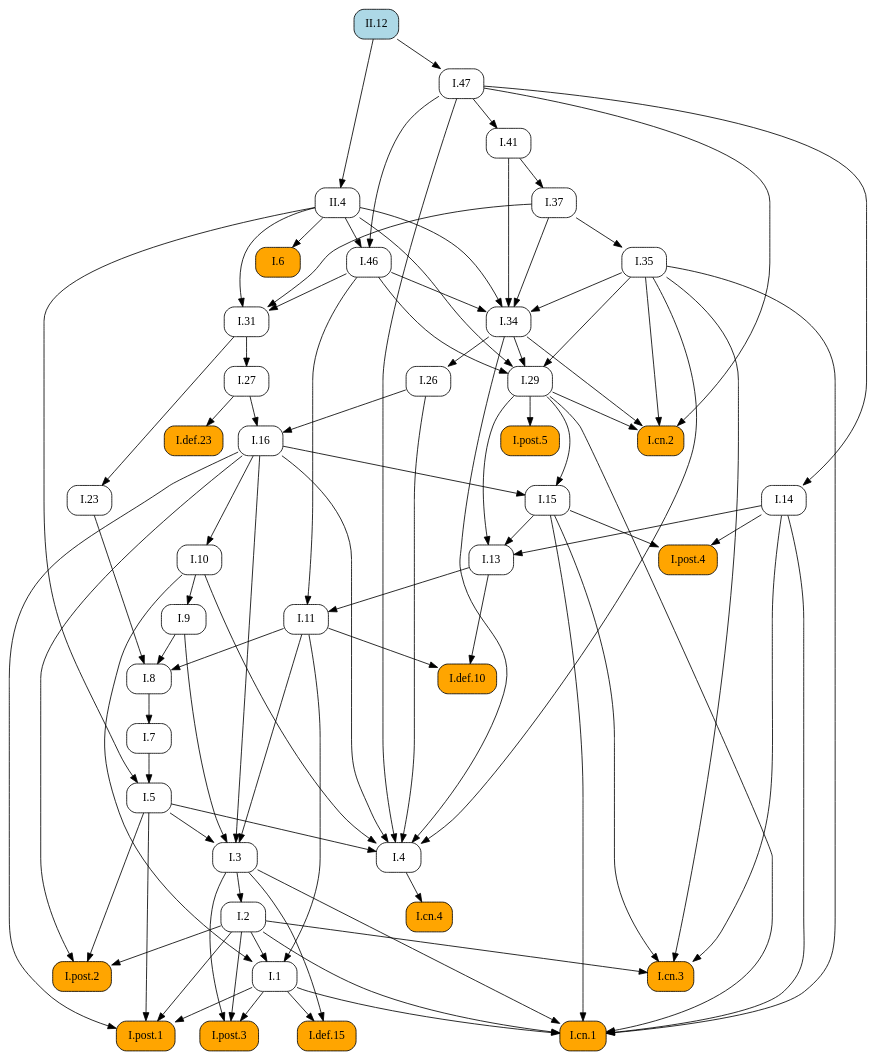
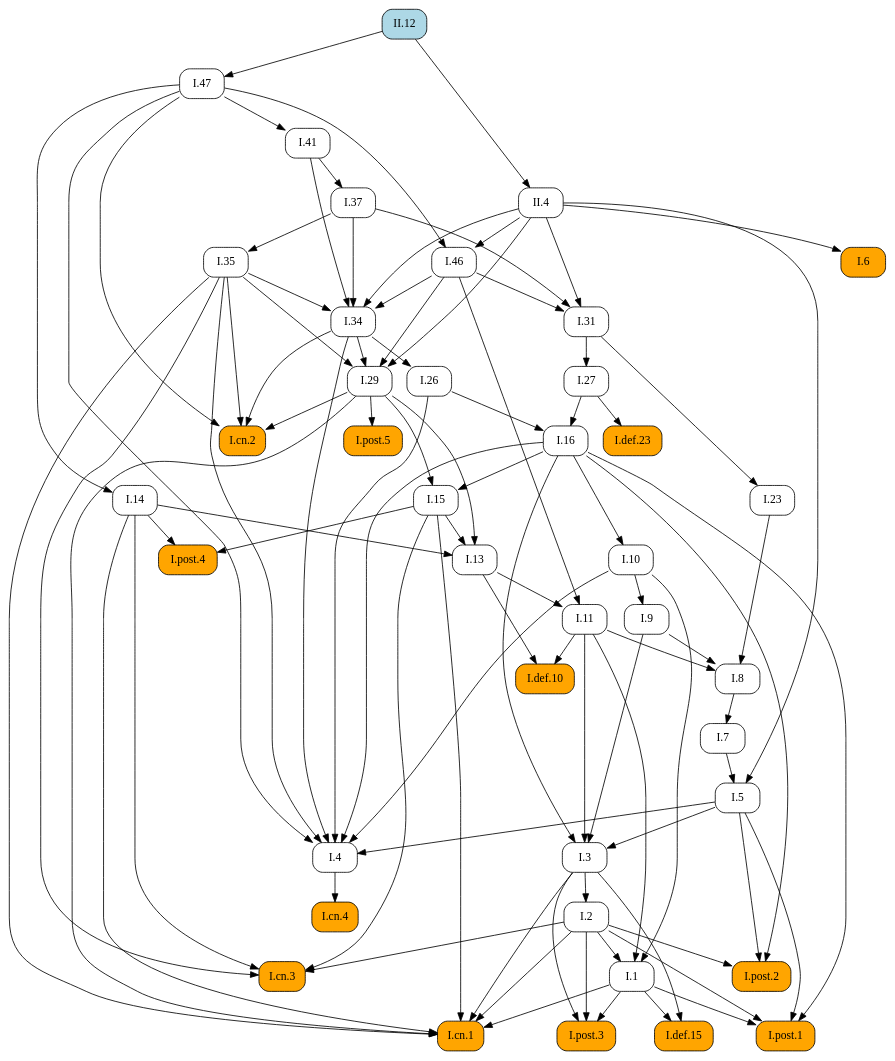
One commit to geometor/elements changed the diagram in docsrc/heath/II/12/index.rst. Above: the diagram before and after it, drawn with Graphviz. The commit also changed other lines of this file and 1029 other files, not shown here.

```diff
--- a/docsrc/heath/II/12/index.rst
+++ b/docsrc/heath/II/12/index.rst
@@ -52,94 +52,105 @@
    digraph {
      rankdir="TB";
      node [shape=box, style=rounded];
+     "I.def.10" [style="rounded,filled", fillcolor=orange, URL="/heath/I/def.10/", target="_top"];
+     "I.11" [URL="/heath/I/11/", target="_top"];
+     "I.post.4" [style="rounded,filled", fillcolor=orange, URL="/heath/I/post.4/", target="_top"];
+     "I.1" [URL="/heath/I/1/", target="_top"];
+     "I.26" [URL="/heath/I/26/", target="_top"];
+     "I.29" [URL="/heath/I/29/", target="_top"];
+     "II.12" [style="rounded,filled", fillcolor=lightblue, URL="/heath/II/12/", target="_top"];
+     "I.cn.2" [style="rounded,filled", fillcolor=orange, URL="/heath/I/cn.2/", target="_top"];
+     "I.47" [URL="/heath/I/47/", target="_top"];
+     "I.def.15" [style="rounded,filled", fillcolor=orange, URL="/heath/I/def.15/", target="_top"];
+     "I.post.3" [style="rounded,filled", fillcolor=orange, URL="/heath/I/post.3/", target="_top"];
+     "I.cn.1" [style="rounded,filled", fillcolor=orange, URL="/heath/I/cn.1/", target="_top"];
      "I.cn.3" [style="rounded,filled", fillcolor=orange, URL="/heath/I/cn.3/", target="_top"];
-     "I.29" [URL="/heath/I/29/", target="_top"];
+     "I.14" [URL="/heath/I/14/", target="_top"];
+     "I.23" [URL="/heath/I/23/", target="_top"];
+     "I.post.1" [style="rounded,filled", fillcolor=orange, URL="/heath/I/post.1/", target="_top"];
+     "I.35" [URL="/heath/I/35/", target="_top"];
+     "I.41" [URL="/heath/I/41/", target="_top"];
+     "I.27" [URL="/heath/I/27/", target="_top"];
+     "I.46" [URL="/heath/I/46/", target="_top"];
+     "I.37" [URL="/heath/I/37/", target="_top"];
+     "I.34" [URL="/heath/I/34/", target="_top"];
+     "I.6" [style="rounded,filled", fillcolor=orange, URL="/heath/I/6/", target="_top"];
+     "I.3" [URL="/heath/I/3/", target="_top"];
      "I.7" [URL="/heath/I/7/", target="_top"];
-     "I.27" [URL="/heath/I/27/", target="_top"];
+     "I.2" [URL="/heath/I/2/", target="_top"];
+     "I.4" [URL="/heath/I/4/", target="_top"];
      "I.def.23" [style="rounded,filled", fillcolor=orange, URL="/heath/I/def.23/", target="_top"];
-     "I.34" [URL="/heath/I/34/", target="_top"];
+     "I.13" [URL="/heath/I/13/", target="_top"];
+     "II.4" [URL="/heath/II/4/", target="_top"];
+     "I.31" [URL="/heath/I/31/", target="_top"];
+     "I.post.2" [style="rounded,filled", fillcolor=orange, URL="/heath/I/post.2/", target="_top"];
+     "I.16" [URL="/heath/I/16/", target="_top"];
+     "I.9" [URL="/heath/I/9/", target="_top"];
      "I.8" [URL="/heath/I/8/", target="_top"];
-     "I.9" [URL="/heath/I/9/", target="_top"];
-     "I.post.4" [style="rounded,filled", fillcolor=orange, URL="/heath/I/post.4/", target="_top"];
-     "I.2" [URL="/heath/I/2/", target="_top"];
-     "I.def.15" [style="rounded,filled", fillcolor=orange, URL="/heath/I/def.15/", target="_top"];
-     "I.1" [URL="/heath/I/1/", target="_top"];
-     "I.post.1" [style="rounded,filled", fillcolor=orange, URL="/heath/I/post.1/", target="_top"];
      "I.cn.4" [style="rounded,filled", fillcolor=orange, URL="/heath/I/cn.4/", target="_top"];
-     "I.26" [URL="/heath/I/26/", target="_top"];
-     "I.6" [style="rounded,filled", fillcolor=orange, URL="/heath/I/6/", target="_top"];
-     "I.13" [URL="/heath/I/13/", target="_top"];
-     "I.23" [URL="/heath/I/23/", target="_top"];
-     "I.cn.2" [style="rounded,filled", fillcolor=orange, URL="/heath/I/cn.2/", target="_top"];
+     "I.15" [URL="/heath/I/15/", target="_top"];
+     "I.post.5" [style="rounded,filled", fillcolor=orange, URL="/heath/I/post.5/", target="_top"];
+     "I.10" [URL="/heath/I/10/", target="_top"];
      "I.5" [URL="/heath/I/5/", target="_top"];
-     "I.11" [URL="/heath/I/11/", target="_top"];
-     "II.12" [style="rounded,filled", fillcolor=lightblue, URL="/heath/II/12/", target="_top"];
-     "I.10" [URL="/heath/I/10/", target="_top"];
-     "I.4" [URL="/heath/I/4/", target="_top"];
-     "I.3" [URL="/heath/I/3/", target="_top"];
-     "I.16" [URL="/heath/I/16/", target="_top"];
-     "I.31" [URL="/heath/I/31/", target="_top"];
-     "II.4" [URL="/heath/II/4/", target="_top"];
-     "I.def.10" [style="rounded,filled", fillcolor=orange, URL="/heath/I/def.10/", target="_top"];
-     "I.46" [URL="/heath/I/46/", target="_top"];
-     "I.post.2" [style="rounded,filled", fillcolor=orange, URL="/heath/I/post.2/", target="_top"];
-     "I.post.3" [style="rounded,filled", fillcolor=orange, URL="/heath/I/post.3/", target="_top"];
-     "I.post.5" [style="rounded,filled", fillcolor=orange, URL="/heath/I/post.5/", target="_top"];
-     "I.14" [URL="/heath/I/14/", target="_top"];
-     "I.35" [URL="/heath/I/35/", target="_top"];
-     "I.47" [URL="/heath/I/47/", target="_top"];
-     "I.15" [URL="/heath/I/15/", target="_top"];
-     "I.cn.1" [style="rounded,filled", fillcolor=orange, URL="/heath/I/cn.1/", target="_top"];
-     "I.41" [URL="/heath/I/41/", target="_top"];
-     "I.37" [URL="/heath/I/37/", target="_top"];
+     "I.11" -> "I.def.10";
+     "I.13" -> "I.def.10";
+     "I.13" -> "I.11";
+     "I.46" -> "I.11";
+     "I.14" -> "I.post.4";
+     "I.15" -> "I.post.4";
+     "I.2" -> "I.1";
+     "I.10" -> "I.1";
+     "I.11" -> "I.1";
+     "I.34" -> "I.26";
+     "I.34" -> "I.29";
+     "I.35" -> "I.29";
+     "I.46" -> "I.29";
+     "II.4" -> "I.29";
+     "I.29" -> "I.cn.2";
+     "I.34" -> "I.cn.2";
+     "I.35" -> "I.cn.2";
+     "I.47" -> "I.cn.2";
+     "II.12" -> "I.47";
+     "I.1" -> "I.def.15";
+     "I.3" -> "I.def.15";
+     "I.1" -> "I.post.3";
+     "I.2" -> "I.post.3";
+     "I.3" -> "I.post.3";
+     "I.1" -> "I.cn.1";
+     "I.2" -> "I.cn.1";
+     "I.3" -> "I.cn.1";
+     "I.14" -> "I.cn.1";
+     "I.15" -> "I.cn.1";
+     "I.29" -> "I.cn.1";
+     "I.35" -> "I.cn.1";
      "I.2" -> "I.cn.3";
      "I.14" -> "I.cn.3";
      "I.15" -> "I.cn.3";
      "I.35" -> "I.cn.3";
-     "I.34" -> "I.29";
-     "I.35" -> "I.29";
-     "I.46" -> "I.29";
-     "II.4" -> "I.29";
-     "I.8" -> "I.7";
+     "I.47" -> "I.14";
+     "I.31" -> "I.23";
+     "I.1" -> "I.post.1";
+     "I.2" -> "I.post.1";
+     "I.5" -> "I.post.1";
+     "I.16" -> "I.post.1";
+     "I.37" -> "I.35";
+     "I.47" -> "I.41";
      "I.31" -> "I.27";
-     "I.27" -> "I.def.23";
+     "I.47" -> "I.46";
+     "II.4" -> "I.46";
+     "I.41" -> "I.37";
      "I.35" -> "I.34";
      "I.37" -> "I.34";
      "I.41" -> "I.34";
      "I.46" -> "I.34";
      "II.4" -> "I.34";
-     "I.9" -> "I.8";
-     "I.11" -> "I.8";
-     "I.23" -> "I.8";
-     "I.10" -> "I.9";
-     "I.14" -> "I.post.4";
-     "I.15" -> "I.post.4";
+     "II.4" -> "I.6";
+     "I.5" -> "I.3";
+     "I.9" -> "I.3";
+     "I.11" -> "I.3";
+     "I.16" -> "I.3";
+     "I.8" -> "I.7";
      "I.3" -> "I.2";
-     "I.1" -> "I.def.15";
-     "I.3" -> "I.def.15";
-     "I.2" -> "I.1";
-     "I.10" -> "I.1";
-     "I.11" -> "I.1";
-     "I.1" -> "I.post.1";
-     "I.2" -> "I.post.1";
-     "I.5" -> "I.post.1";
-     "I.16" -> "I.post.1";
-     "I.4" -> "I.cn.4";
-     "I.34" -> "I.26";
-     "II.4" -> "I.6";
-     "I.14" -> "I.13";
-     "I.15" -> "I.13";
-     "I.29" -> "I.13";
-     "I.31" -> "I.23";
-     "I.29" -> "I.cn.2";
-     "I.34" -> "I.cn.2";
-     "I.35" -> "I.cn.2";
-     "I.47" -> "I.cn.2";
-     "I.7" -> "I.5";
-     "II.4" -> "I.5";
-     "I.13" -> "I.11";
-     "I.46" -> "I.11";
-     "I.16" -> "I.10";
      "I.5" -> "I.4";
      "I.10" -> "I.4";
      "I.16" -> "I.4";
@@ -147,39 +158,28 @@
      "I.34" -> "I.4";
      "I.35" -> "I.4";
      "I.47" -> "I.4";
-     "I.5" -> "I.3";
-     "I.9" -> "I.3";
-     "I.11" -> "I.3";
-     "I.16" -> "I.3";
-     "I.26" -> "I.16";
-     "I.27" -> "I.16";
+     "I.27" -> "I.def.23";
+     "I.14" -> "I.13";
+     "I.15" -> "I.13";
+     "I.29" -> "I.13";
+     "II.12" -> "II.4";
      "I.37" -> "I.31";
      "I.46" -> "I.31";
      "II.4" -> "I.31";
-     "II.12" -> "II.4";
-     "I.11" -> "I.def.10";
-     "I.13" -> "I.def.10";
-     "I.47" -> "I.46";
-     "II.4" -> "I.46";
      "I.2" -> "I.post.2";
      "I.5" -> "I.post.2";
      "I.16" -> "I.post.2";
-     "I.1" -> "I.post.3";
-     "I.2" -> "I.post.3";
-     "I.3" -> "I.post.3";
-     "I.29" -> "I.post.5";
-     "I.47" -> "I.14";
-     "I.37" -> "I.35";
-     "II.12" -> "I.47";
+     "I.26" -> "I.16";
+     "I.27" -> "I.16";
+     "I.10" -> "I.9";
+     "I.9" -> "I.8";
+     "I.11" -> "I.8";
+     "I.23" -> "I.8";
+     "I.4" -> "I.cn.4";
      "I.16" -> "I.15";
      "I.29" -> "I.15";
-     "I.1" -> "I.cn.1";
-     "I.2" -> "I.cn.1";
-     "I.3" -> "I.cn.1";
-     "I.14" -> "I.cn.1";
-     "I.15" -> "I.cn.1";
-     "I.29" -> "I.cn.1";
-     "I.35" -> "I.cn.1";
-     "I.47" -> "I.41";
-     "I.41" -> "I.37";
+     "I.29" -> "I.post.5";
+     "I.16" -> "I.10";
+     "I.7" -> "I.5";
+     "II.4" -> "I.5";
    }
```
